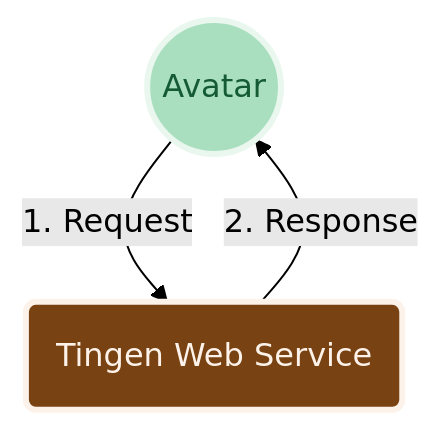
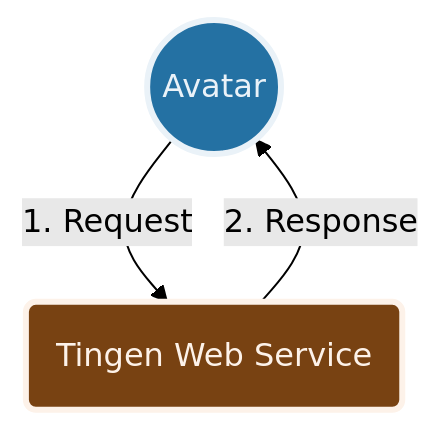
Before and after one commit to spectrum-health-systems/Tingen-WebService: the second of 2 diagrams in README.md, drawn with Mermaid (forest theme). The commit also changed 300 other files, not shown here.

````diff
--- a/README.md
+++ b/README.md
@@ -110,11 +110,11 @@
 ```mermaid
 flowchart TB
   %% Components
   Start@{shape: circle, label: "Avatar"}
   TingenWebService@{shape: rounded, label: "Tingen Web Service"}
   %% Layout
-  Start:::G1_ -- 1. Request --> TingenWebService:::E4_ -- 2. Response --> Start
+  Start:::U3_ -- 1. Request --> TingenWebService:::E4_ -- 2. Response --> Start
   %% Styles
-  classDef G1_ stroke:#e9f7ef,stroke-width:3px,fill:#a9dfbf,color:#145a32
+  classDef U3_ stroke:#eaf2f8,stroke-width:3px,fill:#2471a3,color:#eaf2f8
   classDef E4_ stroke:#fdf2e9,stroke-width:3px,fill:#784212,color:#fdf2e9
 ```
````
